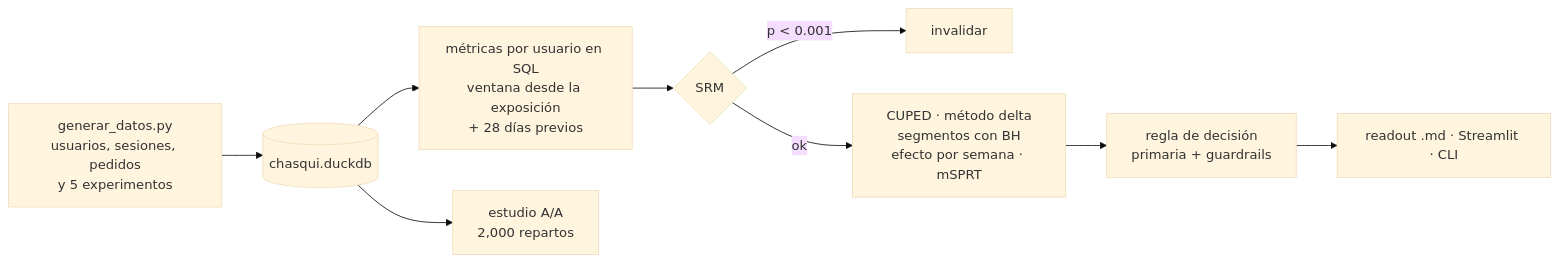
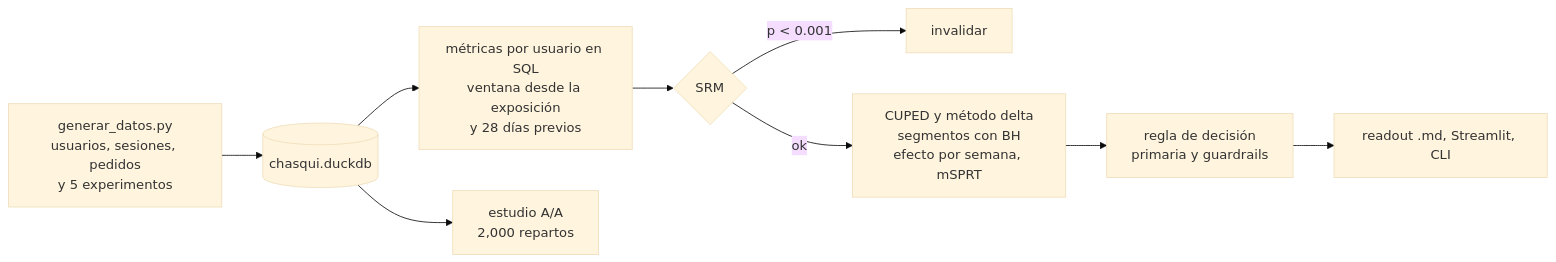
The second of 3 diagrams in proyectos/04-experimentos-ab-delivery/README.md (marcelo-sosa-data/data-ai-lab), drawn with Mermaid (base theme) before and after one commit. The commit also changed other lines of this file and 49 other files, not shown here.

Commit message:
readmes: fuera las capturas, diagramas del proceso en mermaid y texto más directo

````diff
--- a/proyectos/04-experimentos-ab-delivery/README.md
+++ b/proyectos/04-experimentos-ab-delivery/README.md
@@ -20,11 +58,11 @@
 ```mermaid
 flowchart LR
     gen[generar_datos.py<br/>usuarios, sesiones, pedidos<br/>y 5 experimentos] --> db[(chasqui.duckdb)]
-    db --> sql[métricas por usuario en SQL<br/>ventana desde la exposición<br/>+ 28 días previos]
+    db --> sql[métricas por usuario en SQL<br/>ventana desde la exposición<br/>y 28 días previos]
     sql --> srm{SRM}
     srm -- p < 0.001 --> inv[invalidar]
-    srm -- ok --> est[CUPED · método delta<br/>segmentos con BH<br/>efecto por semana · mSPRT]
-    est --> dec[regla de decisión<br/>primaria + guardrails]
-    dec --> out[readout .md · Streamlit · CLI]
+    srm -- ok --> est[CUPED y método delta<br/>segmentos con BH<br/>efecto por semana, mSPRT]
+    est --> dec[regla de decisión<br/>primaria y guardrails]
+    dec --> out[readout .md, Streamlit, CLI]
     db --> aa[estudio A/A<br/>2,000 repartos]
 ```
````
